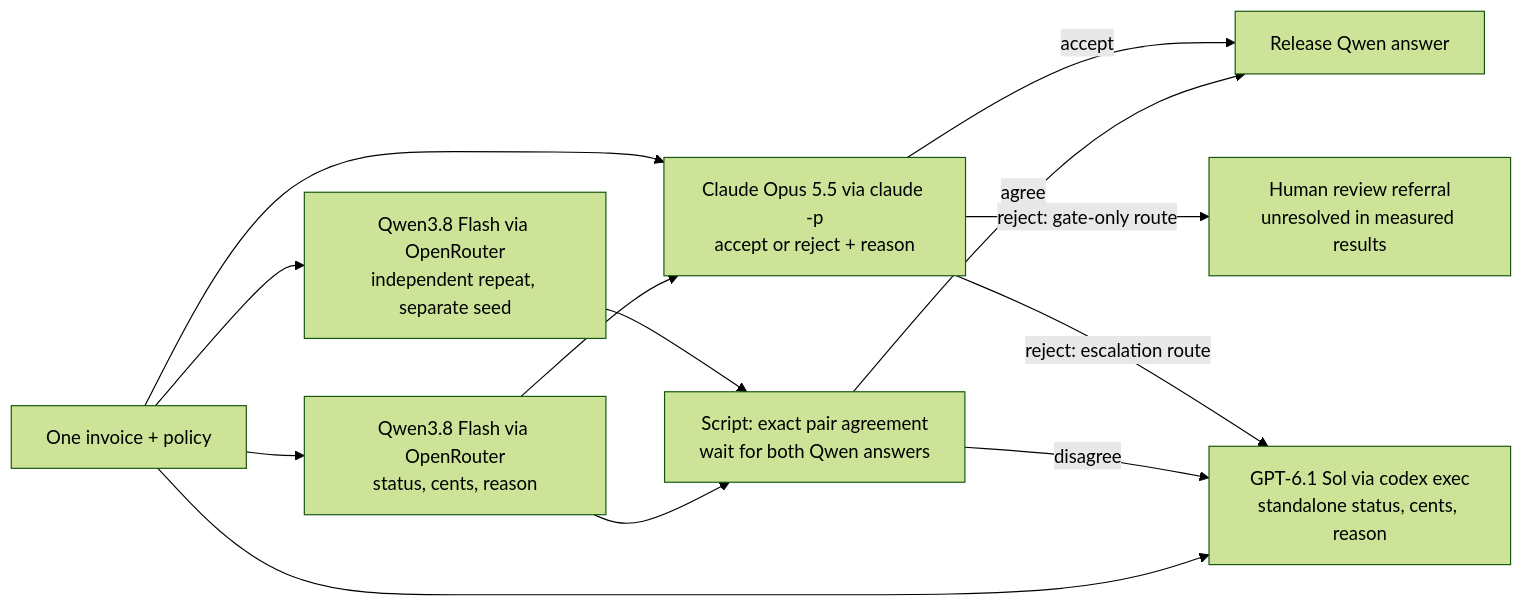
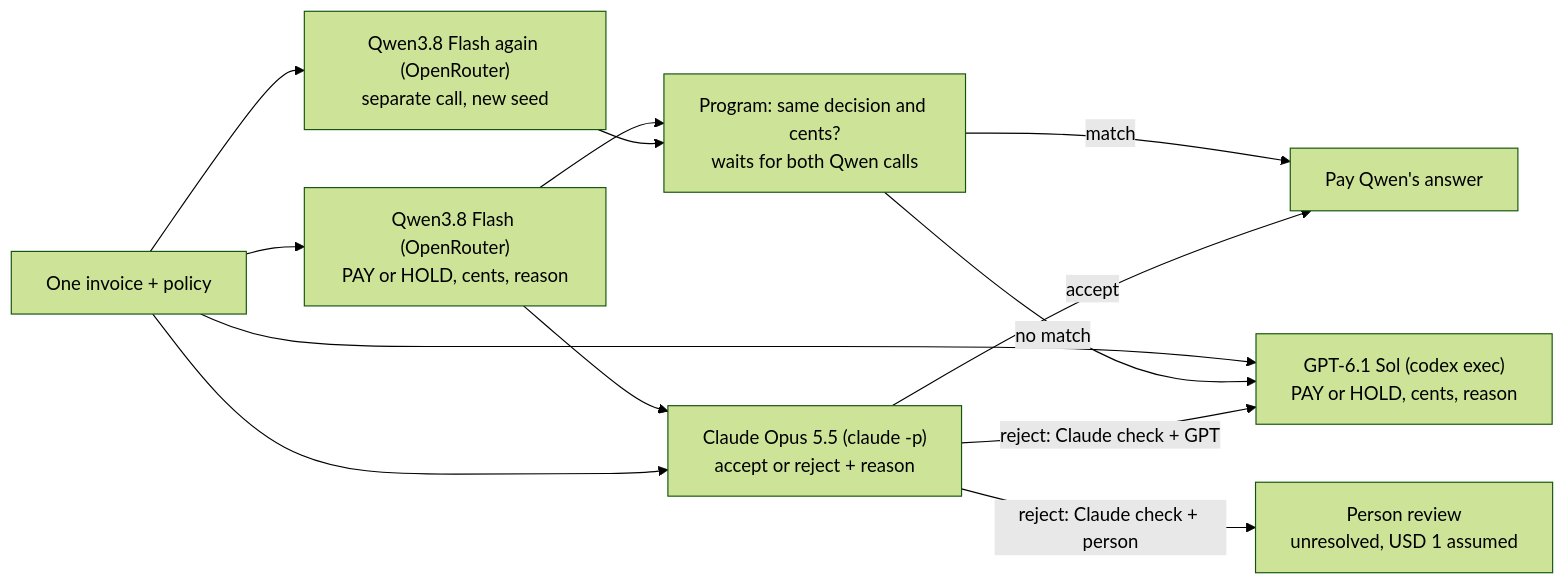
The second of 2 diagrams in econ/21-verification-costs/README.md (k-sandhu/experiment-notebooks), drawn with Mermaid (forest theme) before and after one commit. The commit also changed other lines of this file and 4 other files, not shown here.

````diff
--- a/econ/21-verification-costs/README.md
+++ b/econ/21-verification-costs/README.md
@@ -113,15 +163,15 @@
 ```mermaid
 flowchart LR
- I["One invoice + policy"] --> Q["Qwen3.8 Flash via OpenRouter<br/>status, cents, reason"]
- I --> R["Qwen3.8 Flash via OpenRouter<br/>independent repeat, separate seed"]
- I --> G["GPT-6.1 Sol via codex exec<br/>standalone status, cents, reason"]
- Q --> V["Claude Opus 5.5 via claude -p<br/>accept or reject + reason"]
+ I["One invoice + policy"] --> Q["Qwen3.8 Flash (OpenRouter)<br/>PAY or HOLD, cents, reason"]
+ I --> R["Qwen3.8 Flash again (OpenRouter)<br/>separate call, new seed"]
+ I --> G["GPT-6.1 Sol (codex exec)<br/>PAY or HOLD, cents, reason"]
+ Q --> V["Claude Opus 5.5 (claude -p)<br/>accept or reject + reason"]
  I --> V
- Q --> A["Script: exact pair agreement<br/>wait for both Qwen answers"]
+ Q --> A["Program: same decision and cents?<br/>waits for both Qwen calls"]
  R --> A
- A -->|"agree"| Release["Release Qwen answer"]
- A -->|"disagree"| G
- V -->|"accept"| Release
- V -->|"reject: gate-only route"| H["Human review referral<br/>unresolved in measured results"]
- V -->|"reject: escalation route"| G
+ A -->|"match"| P["Pay Qwen's answer"]
+ A -->|"no match"| G
+ V -->|"accept"| P
+ V -->|"reject: Claude check + GPT"| G
+ V -->|"reject: Claude check + person"| H["Person review<br/>unresolved, USD 1 assumed"]
 ```
````
